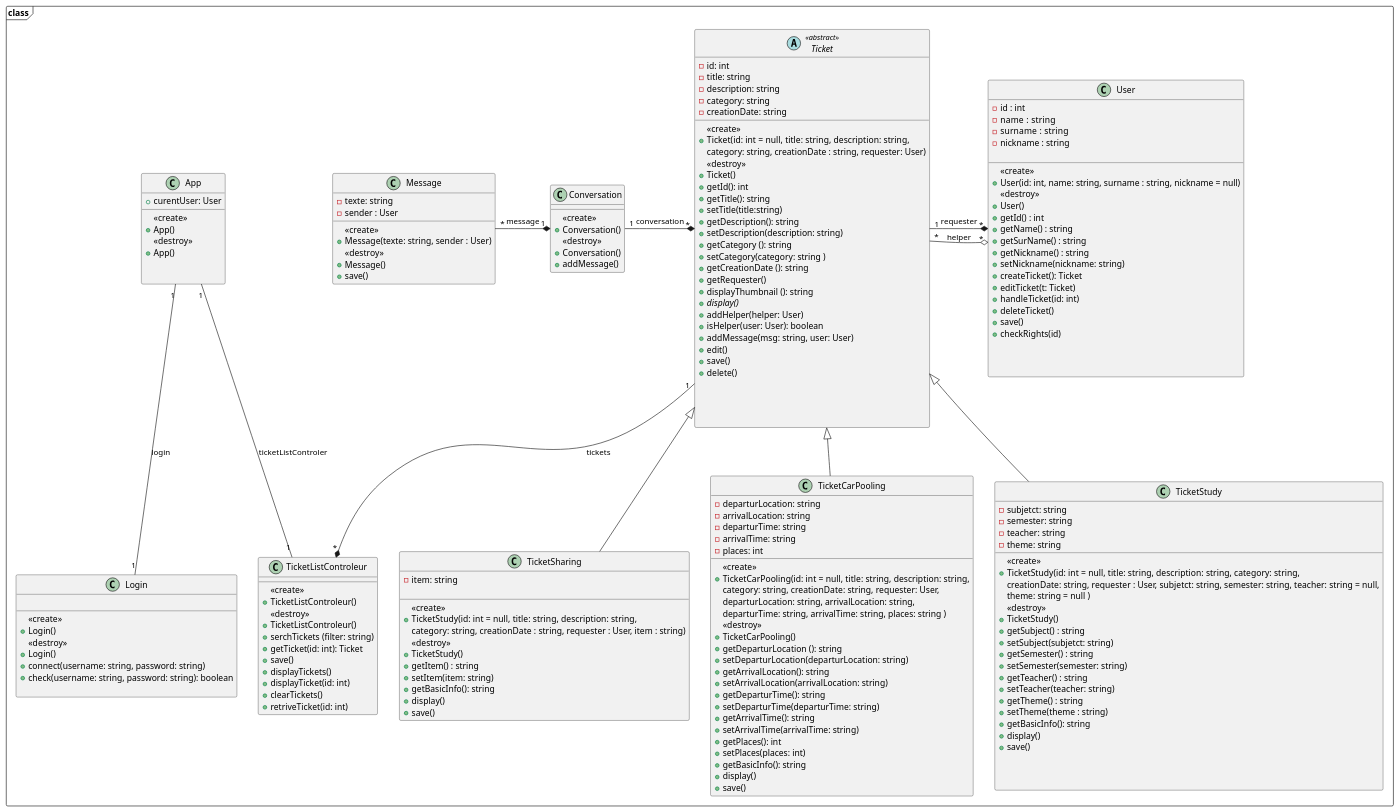
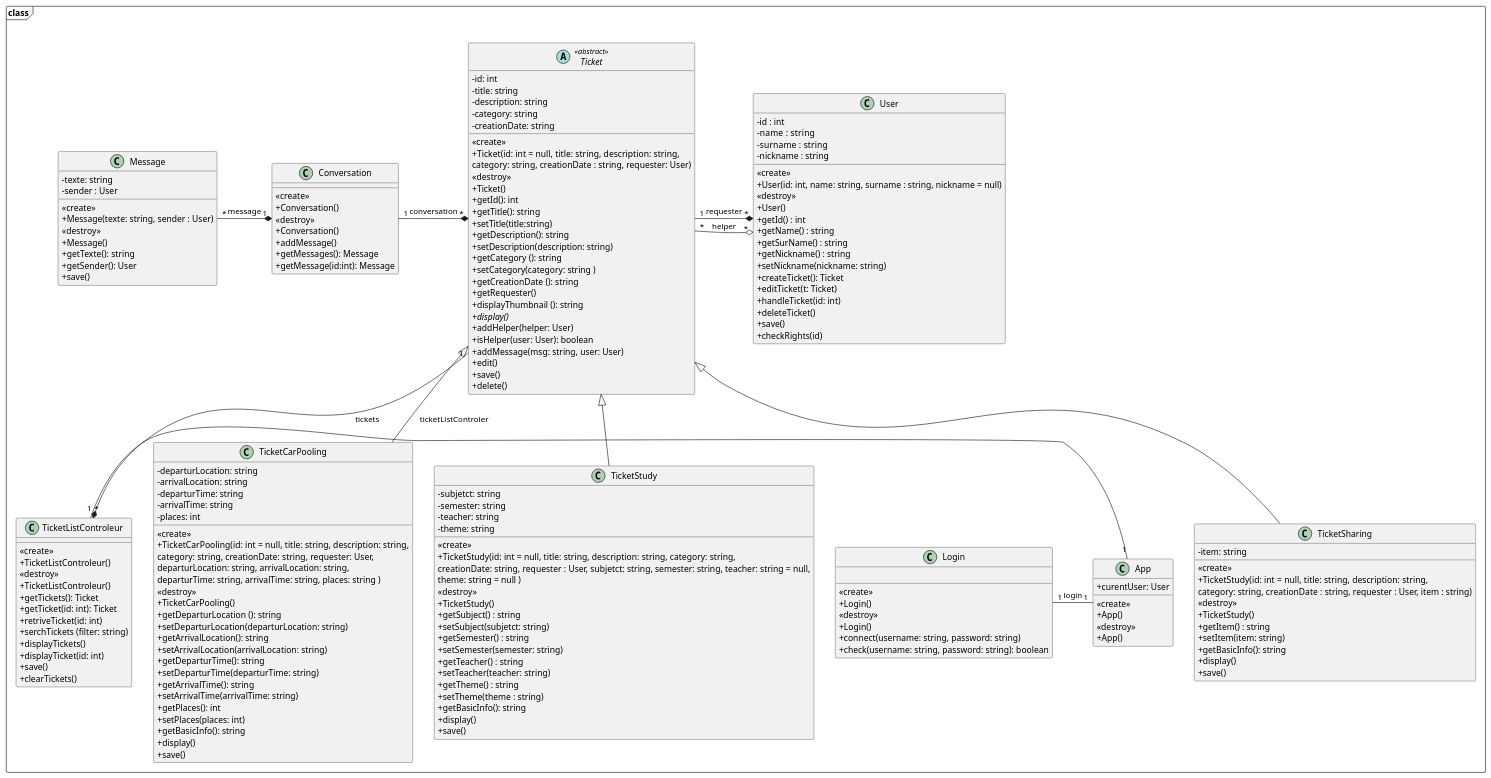
The diagram in docs/UML/Diagramme de classe.puml (dorianleveque/CoHub), drawn with PlantUML before and after one commit. The commit also changed 8 other files, not shown here.

```diff
--- a/docs/UML/Diagramme de classe.puml
+++ b/docs/UML/Diagramme de classe.puml
@@ -1,4 +1,5 @@
-@startuml
+@startuml diagramme de classe
+skinparam classAttributeIconSize 0
 package "class" as alias <<Frame>> {
 
 abstract class Ticket <<abstract>> {
@@ -30,10 +31,6 @@
 + edit()
 + save()
 + delete()
-
-
-
-
 }
 
 class Conversation  {
@@ -43,6 +40,8 @@
 <<destroy>>
 + Conversation()
 + addMessage()
++ getMessages(): Message
++ getMessage(id:int): Message
 }
 
 
@@ -54,6 +53,8 @@
 + Message(texte: string, sender : User)
 <<destroy>>
 + Message()
++ getTexte(): string
++ getSender(): User
 + save()
 }
 
@@ -111,14 +112,10 @@
 + getBasicInfo(): string 
 + display()
 + save()
-
-
-
 }
 
 class TicketSharing  {
 - item: string
-
 __
 <<create>>
 + TicketStudy(id: int = null, title: string, description:  string, 
@@ -137,7 +134,6 @@
 - name  : string
 - surname  : string
 - nickname : string
-
 __
 <<create>>
 + User(id: int, name: string, surname : string, nickname = null)
@@ -154,9 +150,6 @@
 + deleteTicket()
 + save()
 + checkRights(id)
-
-
-
 }
 
 
@@ -165,14 +158,15 @@
 <<create>>
 + TicketListControleur()
 <<destroy>>
-+ TicketListControleur()   
++ TicketListControleur()
++ getTickets(): Ticket
++ getTicket(id: int): Ticket
++ retriveTicket(id: int)
 + serchTickets (filter: string)
-+ getTicket(id: int): Ticket
-+ save()
 + displayTickets()
 + displayTicket(id: int)
++ save()
 + clearTickets()
-+ retriveTicket(id: int)
 }
 
 class App {
@@ -182,8 +176,6 @@
 + App()
 <<destroy>>
 + App() 
- 
-
 }
 
 class Login {
@@ -195,15 +187,14 @@
 + Login() 
 + connect(username: string, password: string) 
 + check(username: string, password: string): boolean 
-
 }
 
 
 Ticket <|-- TicketCarPooling
 Ticket <|--TicketStudy
 Ticket <|--TicketSharing
-App "1" -- "1" TicketListControleur: ticketListControler 
-App "1" -- "1" Login: login 
+App "1" -right- "1" TicketListControleur: ticketListControler 
+App "1" -left- "1" Login: login 
 
 
 User "*" *---left- "1" Ticket : requester
```
